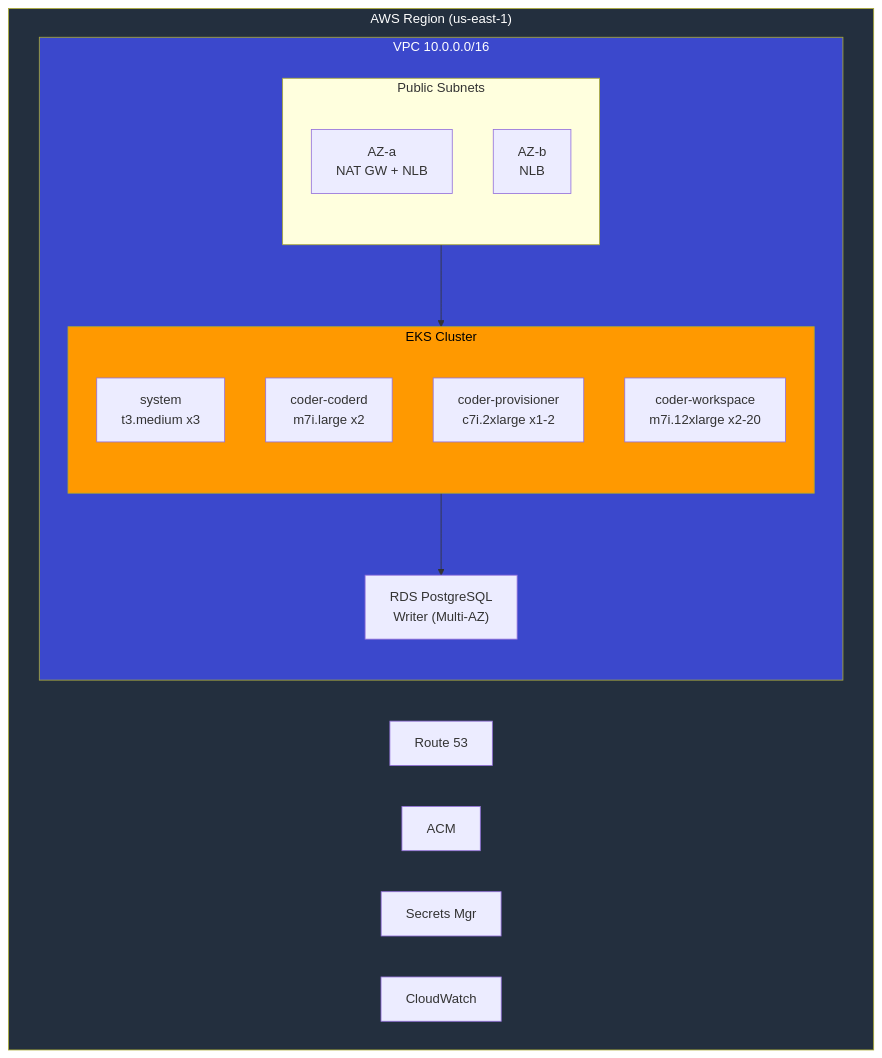
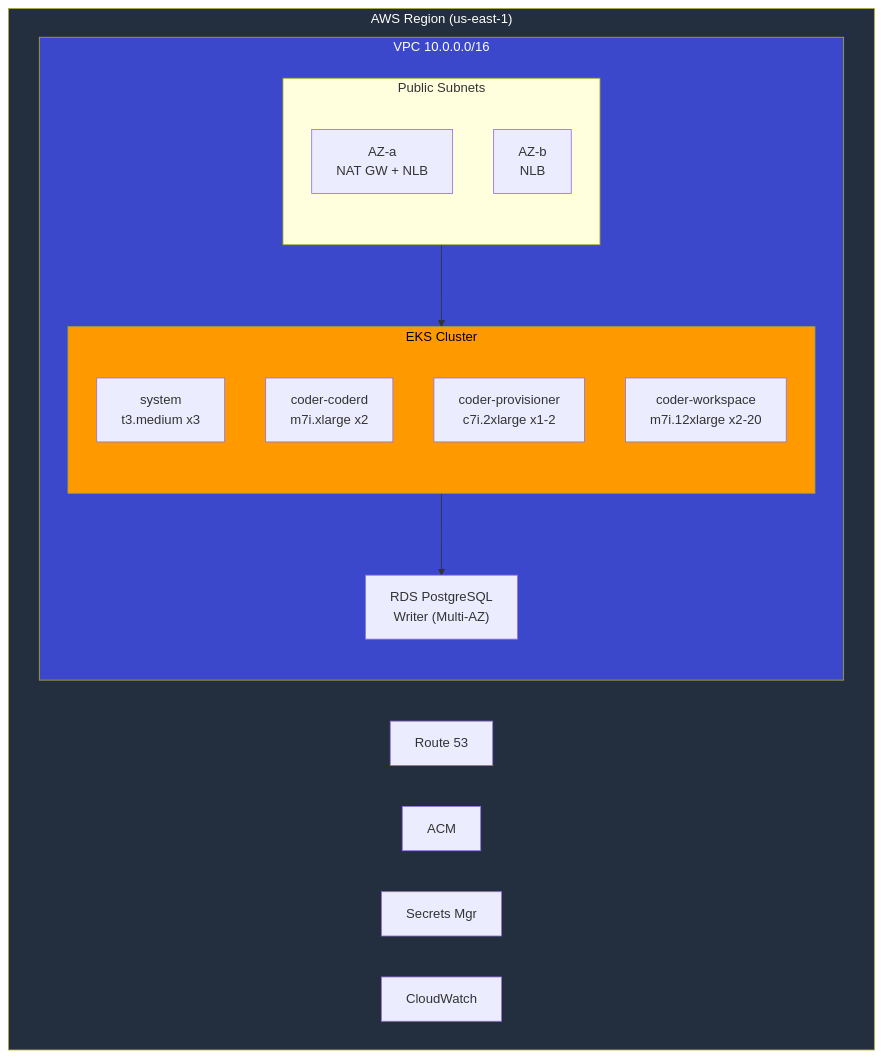
The first of 6 diagrams in deployment-guide/architecture/diagrams.md (ausbru87/coder-deployment-guide-aws), drawn with Mermaid before and after one commit. The commit also changed other lines of this file and 4 other files, not shown here.

Commit message:
Update coderd: m7i.large→m7i.xlarge, increase resource limits

````diff
--- a/deployment-guide/architecture/diagrams.md
+++ b/deployment-guide/architecture/diagrams.md
@@ -62,31 +62,31 @@
 ```mermaid
 flowchart TB
     subgraph Region["AWS Region (us-east-1)"]
         subgraph VPC["VPC 10.0.0.0/16"]
             subgraph Public["Public Subnets"]
                 AZa["AZ-a<br/>NAT GW + NLB"]
                 AZb["AZ-b<br/>NLB"]
             end
             
             subgraph EKS["EKS Cluster"]
                 sys["system<br/>t3.medium x3"]
-                coderd["coder-coderd<br/>m7i.large x2"]
+                coderd["coder-coderd<br/>m7i.xlarge x2"]
                 prov["coder-provisioner<br/>c7i.2xlarge x1-2"]
                 ws["coder-workspace<br/>m7i.12xlarge x2-20"]
             end
             
             RDS["RDS PostgreSQL<br/>Writer (Multi-AZ)"]
         end
         
         R53["Route 53"] 
         ACM["ACM"]
         SM["Secrets Mgr"]
         CW["CloudWatch"]
     end
     
     Public --> EKS --> RDS
     
     style Region fill:#232f3e,color:#fff
     style VPC fill:#3b48cc,color:#fff
     style EKS fill:#ff9900,color:#000
 ```
````
